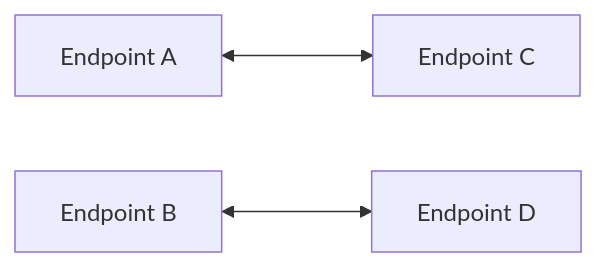
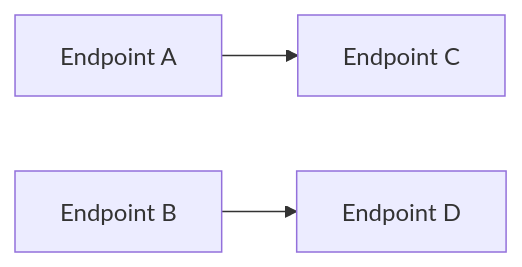
One commit to Particular/docs.particular.net changed the first of 2 diagrams in nservicebus/bridge/scenarios.md. Above: the diagram before and after it, drawn with Mermaid. The commit also changed other lines of this file and 2 other files, not shown here.

````diff
--- a/nservicebus/bridge/scenarios.md
+++ b/nservicebus/bridge/scenarios.md
@@ -29,6 +29,6 @@
 ```mermaid
 graph LR
 
-A[Endpoint A] <---> C[Endpoint C]
-B[Endpoint B] <---> D[Endpoint D]  
+A[Endpoint A] --> C[Endpoint C]
+B[Endpoint B] --> D[Endpoint D]
 ```
````
